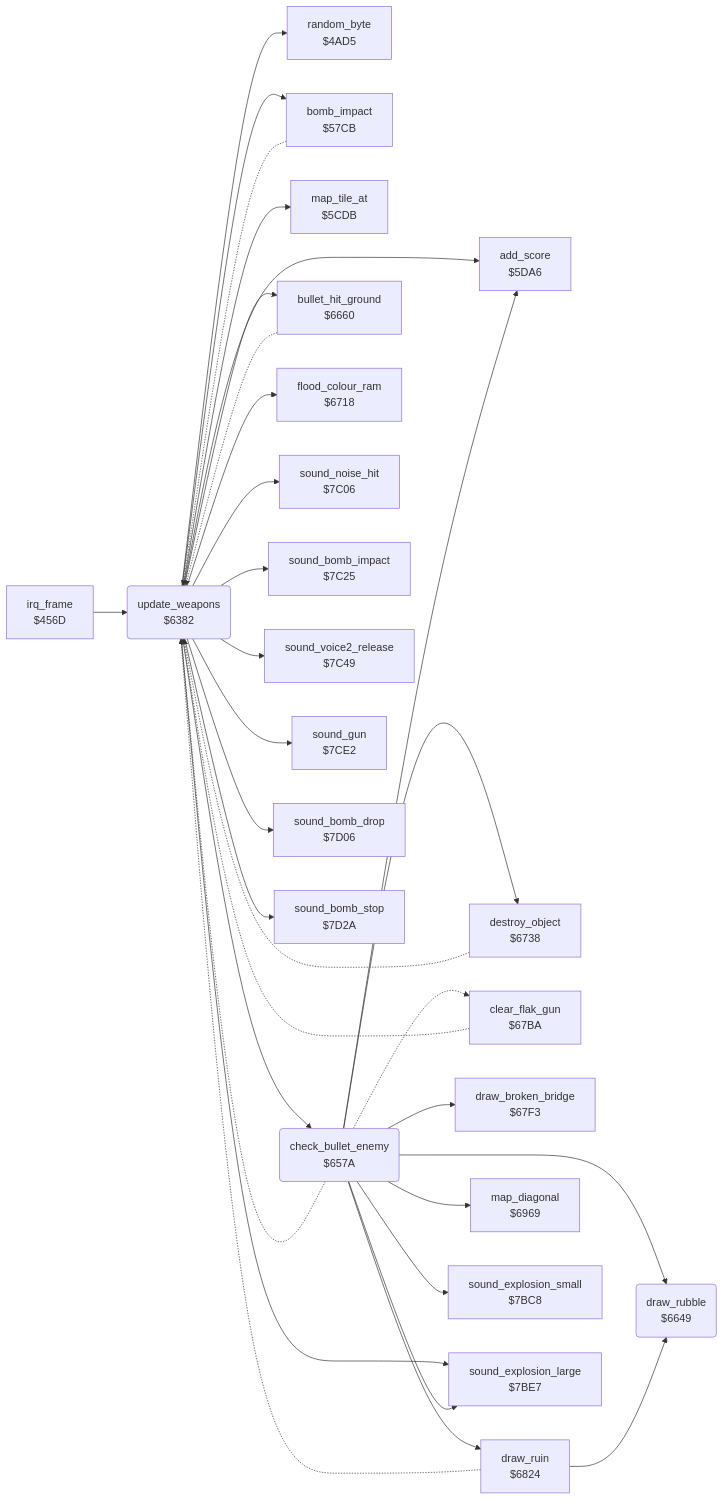
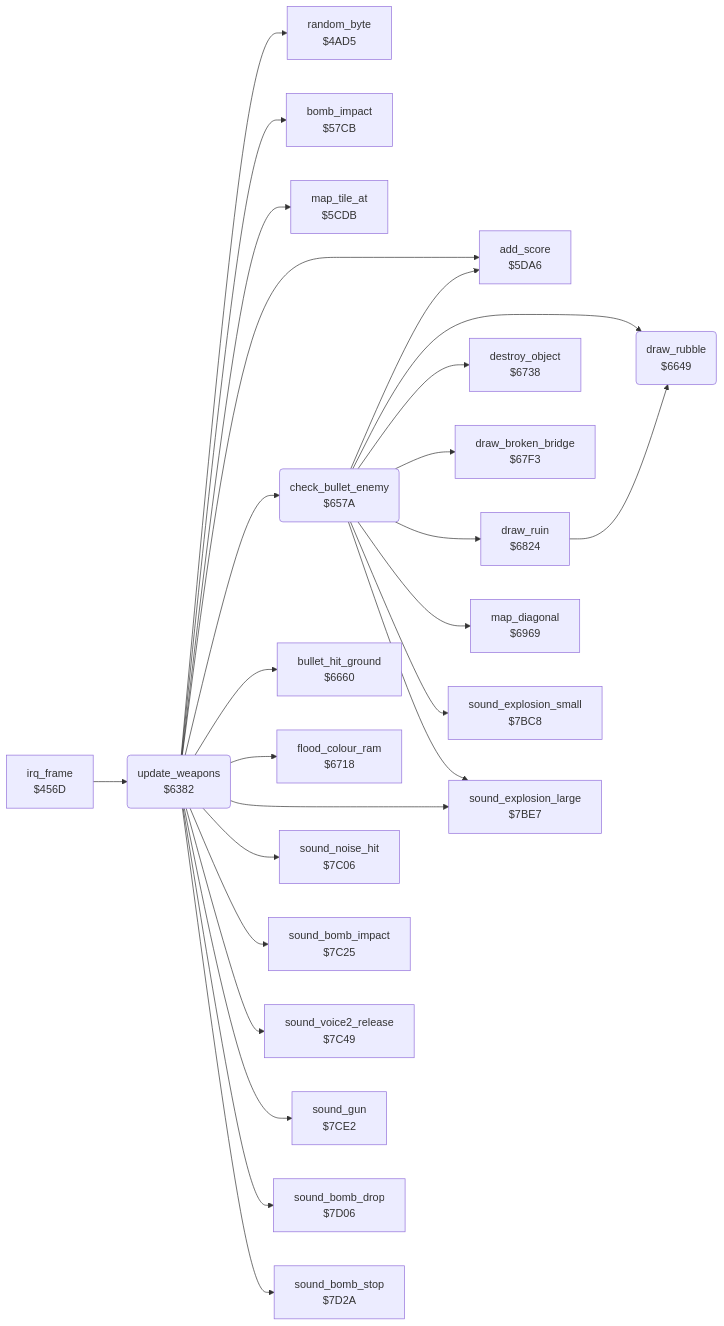
One commit to henols/c64_games changed the diagram in blue_max/docs/reference/modules/plane/weapons.md. Above: the diagram before and after it, drawn with Mermaid. The commit also changed other lines of this file and 1100 other files, not shown here.

````diff
--- a/blue_max/docs/reference/modules/plane/weapons.md
+++ b/blue_max/docs/reference/modules/plane/weapons.md
@@ -10,57 +20,49 @@
 ```mermaid
 flowchart LR
   n456d["irq_frame<br/>$456D"]
   n4ad5["random_byte<br/>$4AD5"]
   n57cb["bomb_impact<br/>$57CB"]
   n5cdb["map_tile_at<br/>$5CDB"]
   n5da6["add_score<br/>$5DA6"]
   n6382("update_weapons<br/>$6382")
   n657a("check_bullet_enemy<br/>$657A")
   n6649("draw_rubble<br/>$6649")
   n6660["bullet_hit_ground<br/>$6660"]
   n6718["flood_colour_ram<br/>$6718"]
   n6738["destroy_object<br/>$6738"]
-  n67ba["clear_flak_gun<br/>$67BA"]
   n67f3["draw_broken_bridge<br/>$67F3"]
   n6824["draw_ruin<br/>$6824"]
   n6969["map_diagonal<br/>$6969"]
   n7bc8["sound_explosion_small<br/>$7BC8"]
   n7be7["sound_explosion_large<br/>$7BE7"]
   n7c06["sound_noise_hit<br/>$7C06"]
   n7c25["sound_bomb_impact<br/>$7C25"]
   n7c49["sound_voice2_release<br/>$7C49"]
   n7ce2["sound_gun<br/>$7CE2"]
   n7d06["sound_bomb_drop<br/>$7D06"]
   n7d2a["sound_bomb_stop<br/>$7D2A"]
   n456d --> n6382
-  n57cb -.-> n6382
   n6382 --> n4ad5
   n6382 --> n57cb
   n6382 --> n5cdb
   n6382 --> n5da6
   n6382 --> n657a
   n6382 --> n6660
   n6382 --> n6718
   n6382 --> n7be7
   n6382 --> n7c06
   n6382 --> n7c25
   n6382 --> n7c49
   n6382 --> n7ce2
   n6382 --> n7d06
   n6382 --> n7d2a
   n657a --> n5da6
-  n657a -.-> n6382
   n657a --> n6649
   n657a --> n6738
-  n657a -.-> n67ba
   n657a --> n67f3
   n657a --> n6824
   n657a --> n6969
   n657a --> n7bc8
   n657a --> n7be7
-  n6660 -.-> n6382
-  n6738 -.-> n6382
-  n67ba -.-> n6382
-  n6824 -.-> n6382
   n6824 --> n6649
 ```
````
